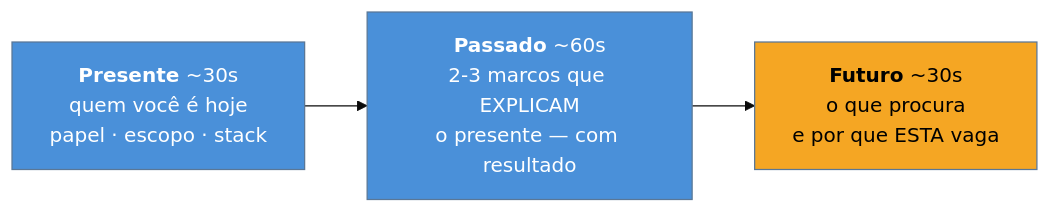
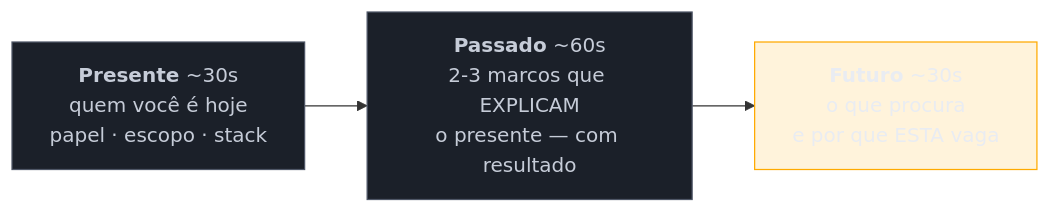
The diagram in 03-Dominios/Carreira/Entrevistas/03 - Fale sobre você — o pitch de abertura.md (josenaldo/codex-technomanticus), drawn with Mermaid before and after one commit. The commit also changed 1181 other files, not shown here.

First line of the commit message:
fix(diagramas): paleta do sistema no lugar de cor cravada no markdown

````diff
--- a/03-Dominios/Carreira/Entrevistas/03 - Fale sobre você — o pitch de abertura.md
+++ b/03-Dominios/Carreira/Entrevistas/03 - Fale sobre você — o pitch de abertura.md
@@ -40,10 +40,11 @@
 ```mermaid
-%%{init: {"theme": "base", "themeVariables": {"primaryColor": "#4A90D9"}}}%%
 graph LR
+    classDef neutro fill:#1B2029,stroke:#4E5666,color:#C6CCD8
+    classDef destaque fill:#FFAA0024,stroke:#FFAA00,color:#E9ECF2
     P["<b>Presente</b> ~30s<br/>quem você é hoje<br/>papel · escopo · stack"] --> Q["<b>Passado</b> ~60s<br/>2-3 marcos que EXPLICAM<br/>o presente — com resultado"]
     Q --> F["<b>Futuro</b> ~30s<br/>o que procura<br/>e por que ESTA vaga"]
 
-    style P fill:#4A90D9,color:#fff
-    style Q fill:#4A90D9,color:#fff
-    style F fill:#F5A623,color:#000
+    class P neutro
+    class Q neutro
+    class F destaque
 ```
````
